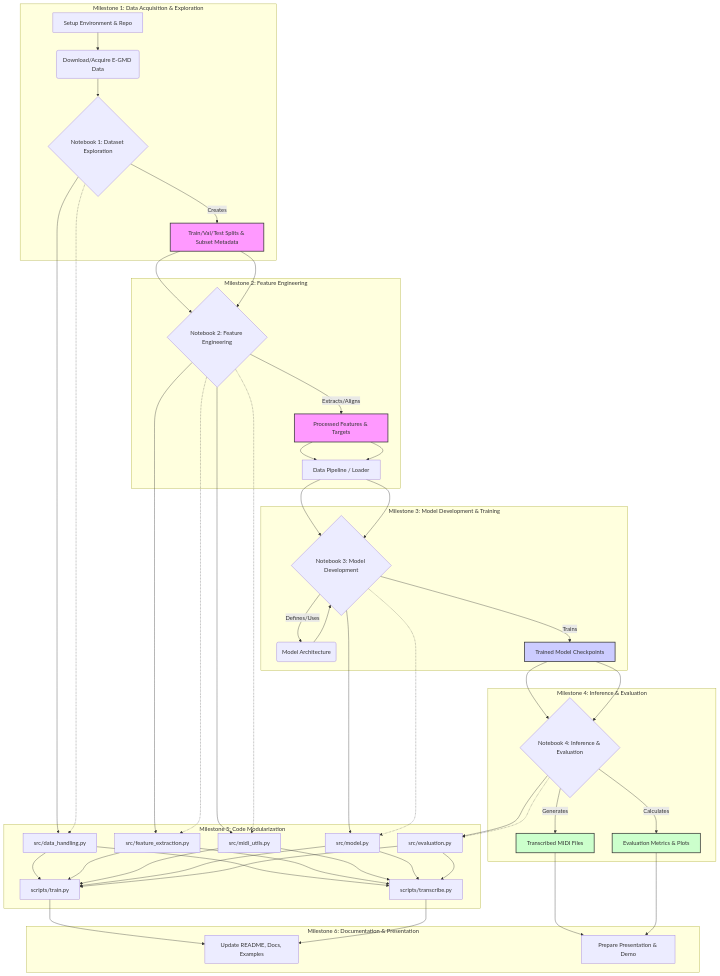
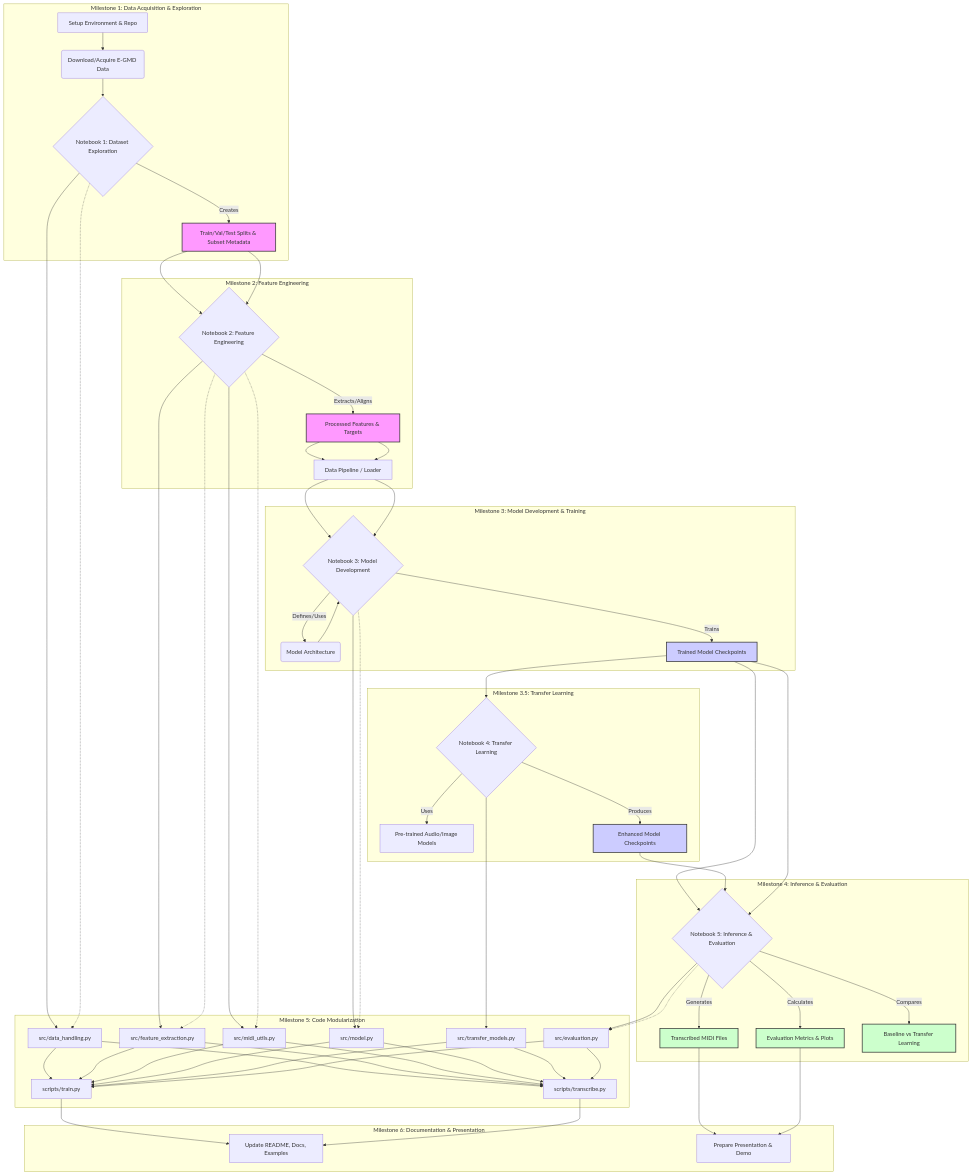
One commit to LittleHaku/DrumScribe-AI changed the diagram in docs/tasks.md. Above: the diagram before and after it, drawn with Mermaid. The commit also changed other lines of this file and 1 other file, not shown here.

````diff
--- a/docs/tasks.md
+++ b/docs/tasks.md
@@ -7,64 +7,75 @@
 ```mermaid
 graph TD
     subgraph "Milestone 1: Data Acquisition & Exploration"
         A[Setup Environment & Repo] --> B(Download/Acquire E-GMD Data);
         B --> C{Notebook 1: Dataset Exploration};
         C -- Creates --> D[Train/Val/Test Splits & Subset Metadata];
     end
 
     subgraph "Milestone 2: Feature Engineering"
         D --> E{Notebook 2: Feature Engineering};
         E -- Extracts/Aligns --> F[Processed Features & Targets];
         F --> G[Data Pipeline / Loader];
     end
 
     subgraph "Milestone 3: Model Development & Training"
         G --> H{Notebook 3: Model Development};
         H -- Defines/Uses --> I(Model Architecture);
         H -- Trains --> J[Trained Model Checkpoints];
     end
 
+    subgraph "Milestone 3.5: Transfer Learning"
+        J --> TL{Notebook 4: Transfer Learning};
+        TL -- Uses --> PTM[Pre-trained Audio/Image Models];
+        TL -- Produces --> TLM[Enhanced Model Checkpoints];
+    end
+
     subgraph "Milestone 4: Inference & Evaluation"
-        J --> K{Notebook 4: Inference & Evaluation};
+        J --> K{Notebook 5: Inference & Evaluation};
+        TLM --> K;
         K -- Generates --> L[Transcribed MIDI Files];
         K -- Calculates --> M[Evaluation Metrics & Plots];
+        K -- Compares --> COMP[Baseline vs Transfer Learning];
     end
 
     subgraph "Milestone 5: Code Modularization"
         C --> N[src/data_handling.py];
         E --> O[src/feature_extraction.py];
         E --> P[src/midi_utils.py];
         H --> Q[src/model.py];
+        TL --> QTL[src/transfer_models.py];
         K --> R[src/evaluation.py];
-        N & O & P & Q & R --> S[scripts/train.py];
-        N & O & P & Q & R --> T[scripts/transcribe.py];
+        N & O & P & Q & QTL & R --> S[scripts/train.py];
+        N & O & P & Q & QTL & R --> T[scripts/transcribe.py];
     end
 
     subgraph "Milestone 6: Documentation & Presentation"
         U[Update README, Docs, Examples];
         V[Prepare Presentation & Demo];
     end
 
     %% Dependencies between milestones/outputs
     D --> E;
     F --> G;
     G --> H;
     I --> H;
     J --> K;
     L --> V;
     M --> V;
     S & T --> U;
 
     %% Linking Notebooks to Modules (Refinement Step)
     C -.-> N;
     E -.-> O;
     E -.-> P;
     H -.-> Q;
     K -.-> R;
 
     style D fill:#f9f,stroke:#333,stroke-width:2px
     style F fill:#f9f,stroke:#333,stroke-width:2px
     style J fill:#ccf,stroke:#333,stroke-width:2px
+    style TLM fill:#ccf,stroke:#333,stroke-width:2px
     style L fill:#cfc,stroke:#333,stroke-width:2px
     style M fill:#cfc,stroke:#333,stroke-width:2px
+    style COMP fill:#cfc,stroke:#333,stroke-width:2px
 ```
````
